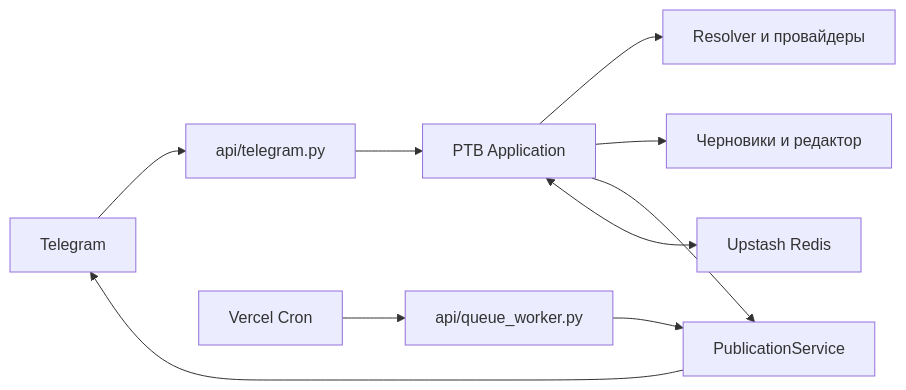
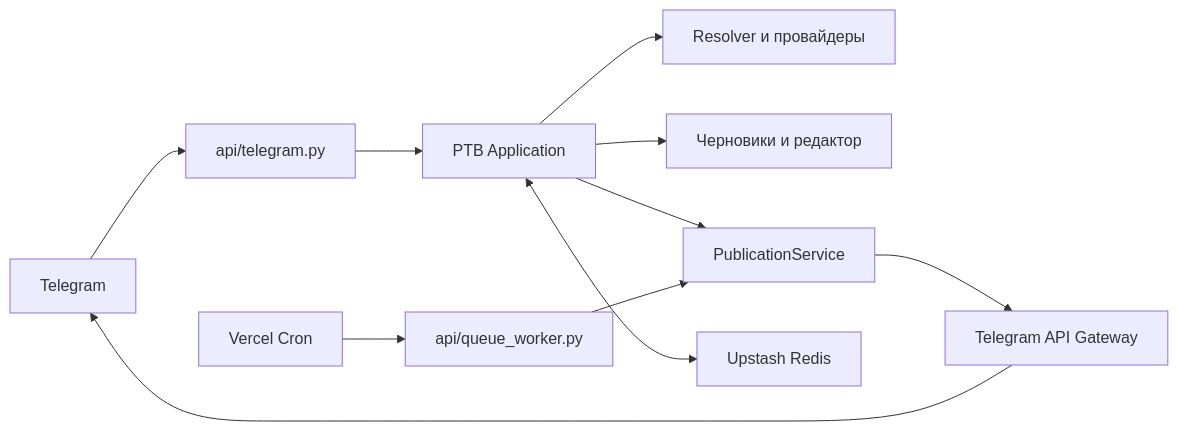
The diagram in ARCHITECTURE.ru.md (StonerHand/stonerhand-soundlinks-bot), drawn with Mermaid before and after one commit. The commit also changed other lines of this file and 25 other files, not shown here.

Commit message:
feat: adopt Telegram Bot API 10.3 rich messages (#112)

````diff
--- a/ARCHITECTURE.ru.md
+++ b/ARCHITECTURE.ru.md
@@ -7,12 +7,13 @@
 ```mermaid
 flowchart LR
     TG["Telegram"] --> WH["api/telegram.py"]
     WH --> BOT["PTB Application"]
     BOT --> RESOLVE["Resolver и провайдеры"]
     BOT --> EDIT["Черновики и редактор"]
     BOT --> PUB["PublicationService"]
-    PUB --> TG
+    PUB --> GW["Telegram API Gateway"]
+    GW --> TG
     CRON["Vercel Cron"] --> WORKER["api/queue_worker.py"]
     WORKER --> PUB
     BOT <--> REDIS["Upstash Redis"]
 ```
````
